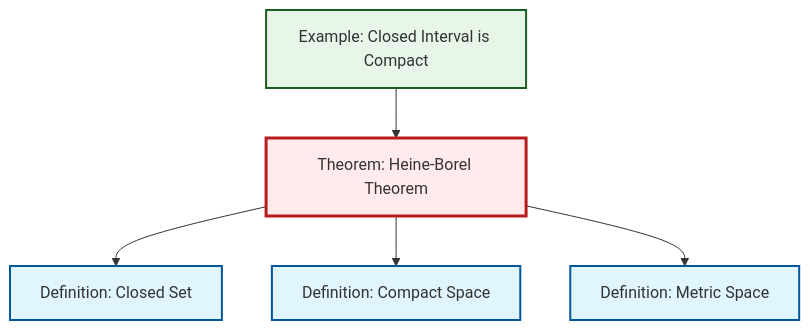
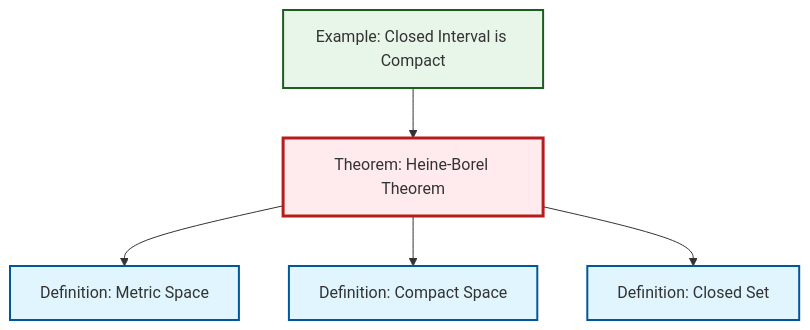
Before and after one commit to RK0429/ModernMath: the diagram in content/en/topology/thm-heine-borel.qmd, drawn with Mermaid. The commit also changed other lines of this file and 654 other files, not shown here.

````diff
--- a/content/en/topology/thm-heine-borel.qmd
+++ b/content/en/topology/thm-heine-borel.qmd
@@ -46,23 +46,23 @@
 ```{mermaid}
 %%| fig-cap: "Local dependency graph"
 graph TD
     classDef definition fill:#e1f5fe,stroke:#01579b,stroke-width:2px
     classDef theorem fill:#f3e5f5,stroke:#4a148c,stroke-width:2px
     classDef axiom fill:#fff3e0,stroke:#e65100,stroke-width:2px
     classDef example fill:#e8f5e9,stroke:#1b5e20,stroke-width:2px
     classDef current fill:#ffebee,stroke:#b71c1c,stroke-width:3px
+    def-metric-space["Definition: Metric Space"]:::definition
+    ex-closed-interval-compact["Example: Closed Interval is Compact"]:::example
+    def-closed-set["Definition: Closed Set"]:::definition
+    thm-heine-borel["Theorem: Heine-Borel Theorem"]:::theorem
     def-compact["Definition: Compact Space"]:::definition
-    ex-closed-interval-compact["Example: Closed Interval is Compact"]:::example
-    thm-heine-borel["Theorem: Heine-Borel Theorem"]:::theorem
-    def-metric-space["Definition: Metric Space"]:::definition
-    def-closed-set["Definition: Closed Set"]:::definition
+    thm-heine-borel --> def-metric-space
     ex-closed-interval-compact --> thm-heine-borel
+    thm-heine-borel --> def-compact
     thm-heine-borel --> def-closed-set
-    thm-heine-borel --> def-compact
-    thm-heine-borel --> def-metric-space
     class thm-heine-borel current
+    click def-metric-space "def-metric-space.html" "Go to Metric Space definition"
+    click ex-closed-interval-compact "ex-closed-interval-compact.html" "Go to Closed Interval is Compact example"
+    click def-closed-set "def-closed-set.html" "Go to Closed Set definition"
     click def-compact "def-compact.html" "Go to Compact Space definition"
-    click ex-closed-interval-compact "ex-closed-interval-compact.html" "Go to Closed Interval is Compact example"
-    click def-metric-space "def-metric-space.html" "Go to Metric Space definition"
-    click def-closed-set "def-closed-set.html" "Go to Closed Set definition"
 ```
````
